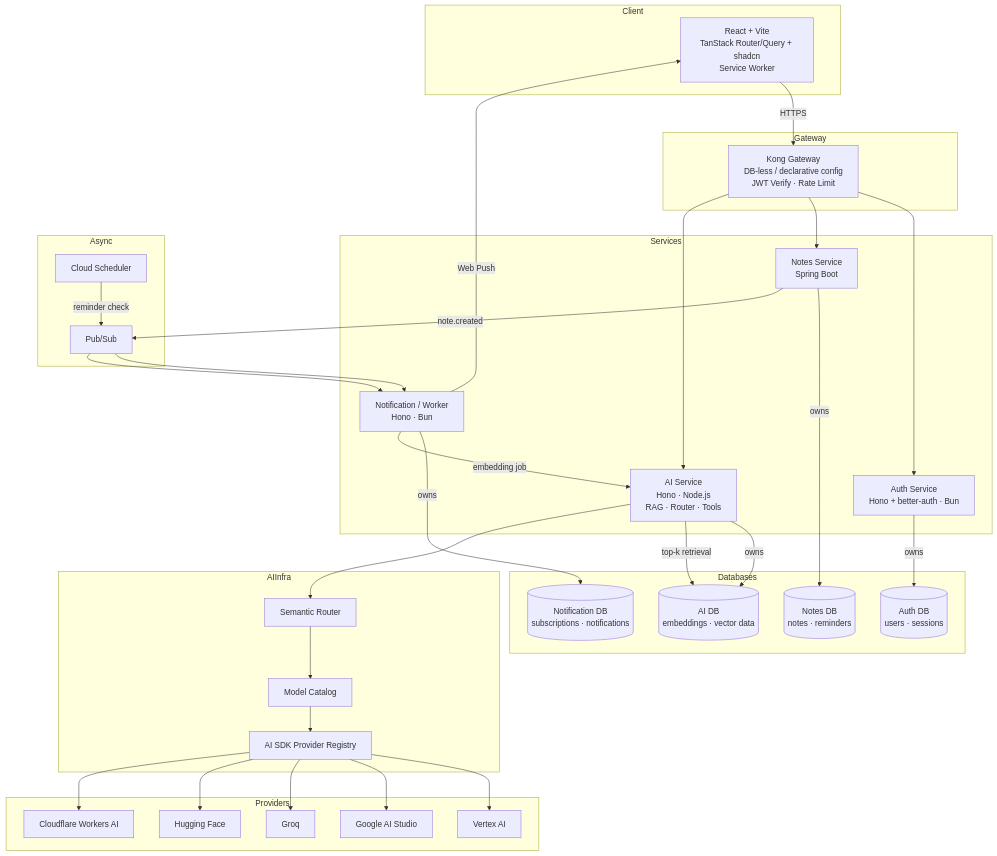
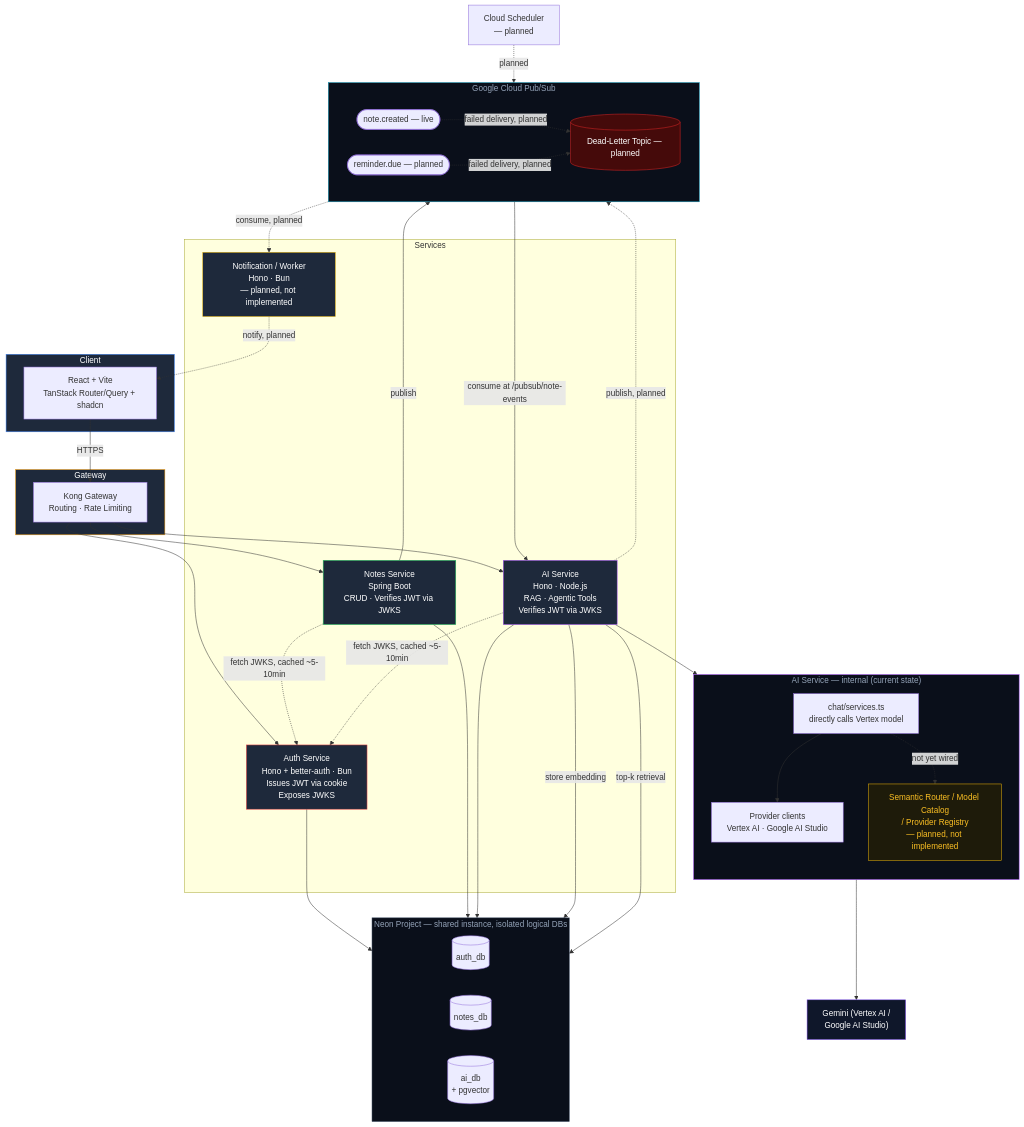
The diagram in README.md (nbnguyen75/Synapse), drawn with Mermaid before and after one commit. The commit also changed other lines of this file and 12 other files, not shown here.

````diff
--- a/README.md
+++ b/README.md
@@ -139,72 +136,84 @@
 ```mermaid
 flowchart TB
     subgraph Client
-        UI["React + Vite<br/>TanStack Router/Query + shadcn<br/>Service Worker"]
+        UI["React + Vite<br/>TanStack Router/Query + shadcn"]
     end
 
     subgraph Gateway
-        KONG["Kong Gateway<br/>DB-less / declarative config<br/>JWT Verify · Rate Limit"]
+        KONG["Kong Gateway<br/>Routing · Rate Limiting"]
     end
 
     subgraph Services
-        AUTH["Auth Service<br/>Hono + better-auth · Bun"]
-        NOTES["Notes Service<br/>Spring Boot"]
-        AI["AI Service<br/>Hono · Node.js<br/>RAG · Router · Tools"]
-        WORKER["Notification / Worker<br/>Hono · Bun"]
+        AUTH["Auth Service<br/>Hono + better-auth · Bun<br/>Issues JWT via cookie<br/>Exposes JWKS"]
+        NOTES["Notes Service<br/>Spring Boot<br/>CRUD · Verifies JWT via JWKS"]
+        AI["AI Service<br/>Hono · Node.js<br/>RAG · Agentic Tools<br/>Verifies JWT via JWKS"]
+        WORKER["Notification / Worker<br/>Hono · Bun<br/>— planned, not implemented"]
     end
 
-    subgraph Databases
-        AUTHDB[("Auth DB<br/>users · sessions")]
-        NOTESDB[("Notes DB<br/>notes · reminders")]
-        AIDB[("AI DB<br/>embeddings · vector data")]
-        NOTIFYDB[("Notification DB<br/>subscriptions · notifications")]
+    subgraph AIInternal["AI Service — internal (current state)"]
+        direction TB
+        CHAT["chat/services.ts<br/>directly calls Vertex model"]
+        PROVCLIENTS["Provider clients<br/>Vertex AI · Google AI Studio"]
+        ROUTERPLANNED["Semantic Router / Model Catalog<br/>/ Provider Registry<br/>— planned, not implemented"]
     end
 
-    subgraph AIInfra
-        ROUTER["Semantic Router"]
-        CATALOG["Model Catalog"]
-        REGISTRY["AI SDK Provider Registry"]
+    subgraph NeonProject["Neon Project — shared instance, isolated logical DBs"]
+        direction LR
+        AUTHDB[("auth_db")]
+        NOTESDB[("notes_db")]
+        AIDB[("ai_db<br/>+ pgvector")]
     end
 
-    subgraph Providers
-        VERTEX["Vertex AI"]
-        AISTUDIO["Google AI Studio"]
-        GROQ["Groq"]
-        HF["Hugging Face"]
-        CF["Cloudflare Workers AI"]
+    subgraph PubSubRegion["Google Cloud Pub/Sub"]
+        direction LR
+        TOPIC1(["note.created — live"])
+        TOPIC2(["reminder.due — planned"])
+        DLQ[("Dead-Letter Topic — planned")]
     end
 
-    subgraph Async
-        PUBSUB["Pub/Sub"]
-        SCHED["Cloud Scheduler"]
-    end
+    SCHED["Cloud Scheduler<br/>— planned"]
+    GEMINI["Gemini (Vertex AI /<br/>Google AI Studio)"]
 
     UI -->|HTTPS| KONG
     KONG --> AUTH
     KONG --> NOTES
     KONG --> AI
 
-    AUTH -->|owns| AUTHDB
-    NOTES -->|owns| NOTESDB
-    AI -->|owns| AIDB
-    WORKER -->|owns| NOTIFYDB
+    NOTES -.->|fetch JWKS, cached ~5-10min| AUTH
+    AI -.->|fetch JWKS, cached ~5-10min| AUTH
 
-    NOTES -->|"note.created"| PUBSUB
-    PUBSUB --> WORKER
-    WORKER -->|embedding job| AI
+    AUTH --> AUTHDB
+    NOTES --> NOTESDB
+    AI --> AIDB
 
+    NOTES -->|publish| TOPIC1
+    TOPIC1 -->|consume at /pubsub/note-events| AI
+    AI --> CHAT
+    CHAT --> PROVCLIENTS
+    PROVCLIENTS --> GEMINI
+    CHAT -.->|not yet wired| ROUTERPLANNED
+
+    AI -->|store embedding| AIDB
     AI -->|top-k retrieval| AIDB
-    AI --> ROUTER
-    ROUTER --> CATALOG
-    CATALOG --> REGISTRY
 
-    REGISTRY --> VERTEX
-    REGISTRY --> AISTUDIO
-    REGISTRY --> GROQ
-    REGISTRY --> HF
-    REGISTRY --> CF
+    AI -.->|publish, planned| TOPIC2
+    TOPIC2 -.->|consume, planned| WORKER
+    WORKER -.->|notify, planned| UI
 
-    SCHED -->|"reminder check"| PUBSUB
-    PUBSUB --> WORKER
-    WORKER -->|"Web Push"| UI
+    SCHED -.->|planned| TOPIC2
+    TOPIC1 -.->|failed delivery, planned| DLQ
+    TOPIC2 -.->|failed delivery, planned| DLQ
+
+    style Client fill:#1e293b,stroke:#3b82f6,color:#fff
+    style Gateway fill:#1e293b,stroke:#f59e0b,color:#fff
+    style AUTH fill:#1e293b,stroke:#ef4444,color:#fff
+    style NOTES fill:#1e293b,stroke:#22c55e,color:#fff
+    style AI fill:#1e293b,stroke:#a855f7,color:#fff
+    style WORKER fill:#1e293b,stroke:#eab308,color:#fff
+    style NeonProject fill:#0a0f1a,stroke:#475569,color:#94a3b8
+    style PubSubRegion fill:#0a0f1a,stroke:#0891b2,color:#94a3b8
+    style AIInternal fill:#0a0f1a,stroke:#a855f7,color:#94a3b8
+    style DLQ fill:#450a0a,stroke:#dc2626,color:#fff
+    style GEMINI fill:#0f172a,stroke:#8b5cf6,color:#fff
+    style ROUTERPLANNED fill:#1e1b0a,stroke:#eab308,color:#fbbf24
 ```
````
